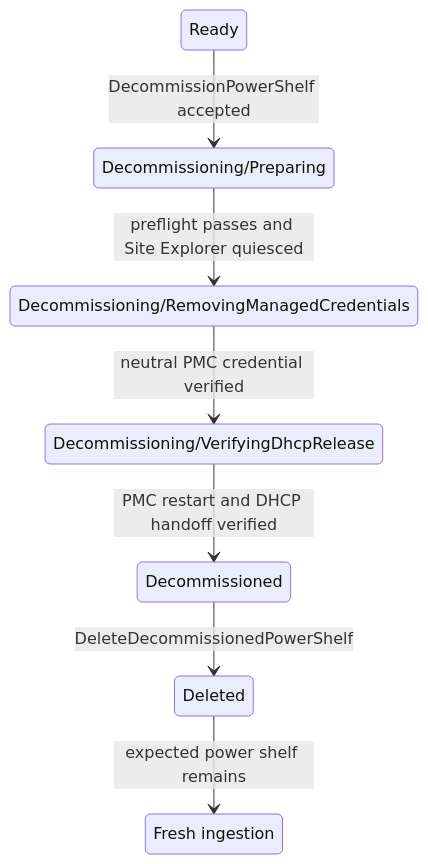
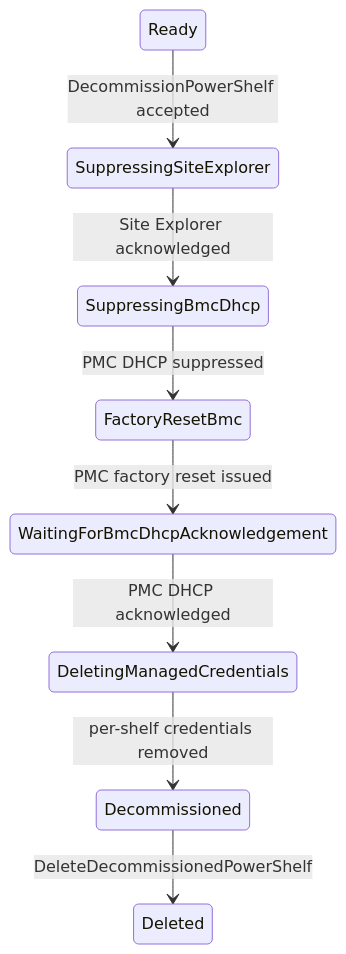
Before and after one commit to NVIDIA/bare-metal-manager-core: the diagram in docs/design/decommissioning/managed-power-shelf-decommissioning.md, drawn with Mermaid. The commit also changed other lines of this file and 4 other files, not shown here.

````diff
--- a/docs/design/decommissioning/managed-power-shelf-decommissioning.md
+++ b/docs/design/decommissioning/managed-power-shelf-decommissioning.md
@@ -69,17 +59,19 @@
 ```mermaid
 stateDiagram-v2
     state "Ready" as Ready
-    state "Decommissioning/Preparing" as Preparing
-    state "Decommissioning/RemovingManagedCredentials" as RemovingCredentials
-    state "Decommissioning/VerifyingDhcpRelease" as VerifyingDhcpRelease
+    state "SuppressingSiteExplorer" as SuppressSE
+    state "SuppressingBmcDhcp" as SuppressBmc
+    state "FactoryResetBmc" as ResetBmc
+    state "WaitingForBmcDhcpAcknowledgement" as WaitBmc
+    state "DeletingManagedCredentials" as DeleteCreds
     state "Decommissioned" as Decommissioned
     state "Deleted" as Deleted
-    state "Fresh ingestion" as FreshIngestion
 
-    Ready --> Preparing : DecommissionPowerShelf accepted
-    Preparing --> RemovingCredentials : preflight passes and Site Explorer quiesced
-    RemovingCredentials --> VerifyingDhcpRelease : neutral PMC credential verified
-    VerifyingDhcpRelease --> Decommissioned : PMC restart and DHCP handoff verified
+    Ready --> SuppressSE : DecommissionPowerShelf accepted
+    SuppressSE --> SuppressBmc : Site Explorer acknowledged
+    SuppressBmc --> ResetBmc : PMC DHCP suppressed
+    ResetBmc --> WaitBmc : PMC factory reset issued
+    WaitBmc --> DeleteCreds : PMC DHCP acknowledged
+    DeleteCreds --> Decommissioned : per-shelf credentials removed
     Decommissioned --> Deleted : DeleteDecommissionedPowerShelf
-    Deleted --> FreshIngestion : expected power shelf remains
 ```
````
